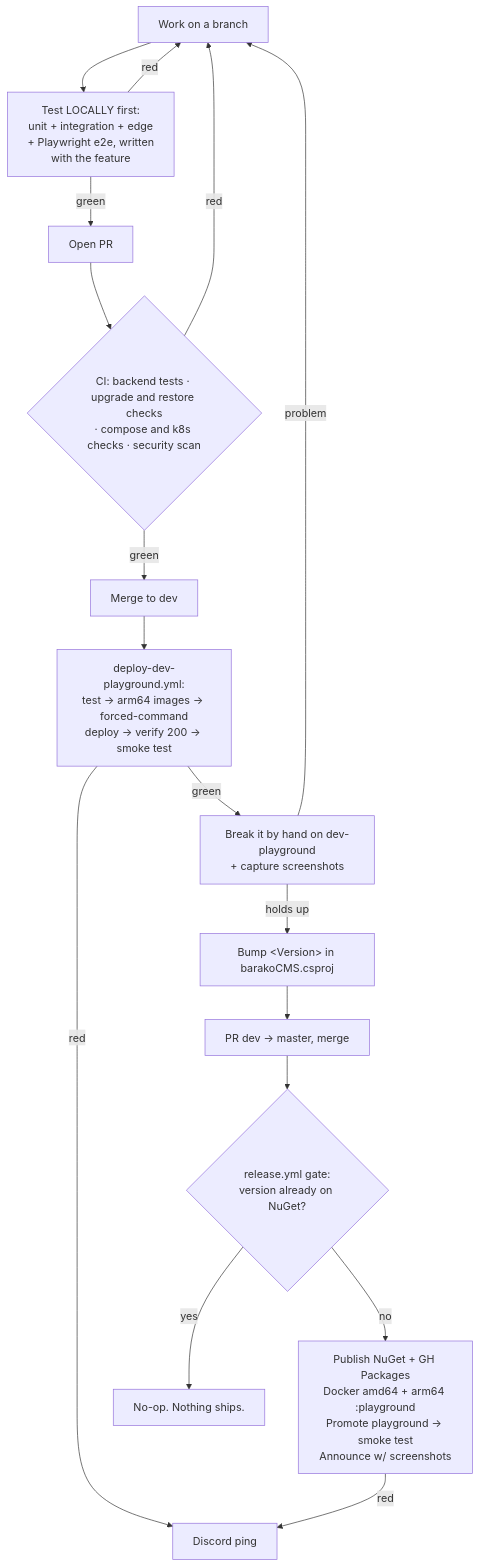
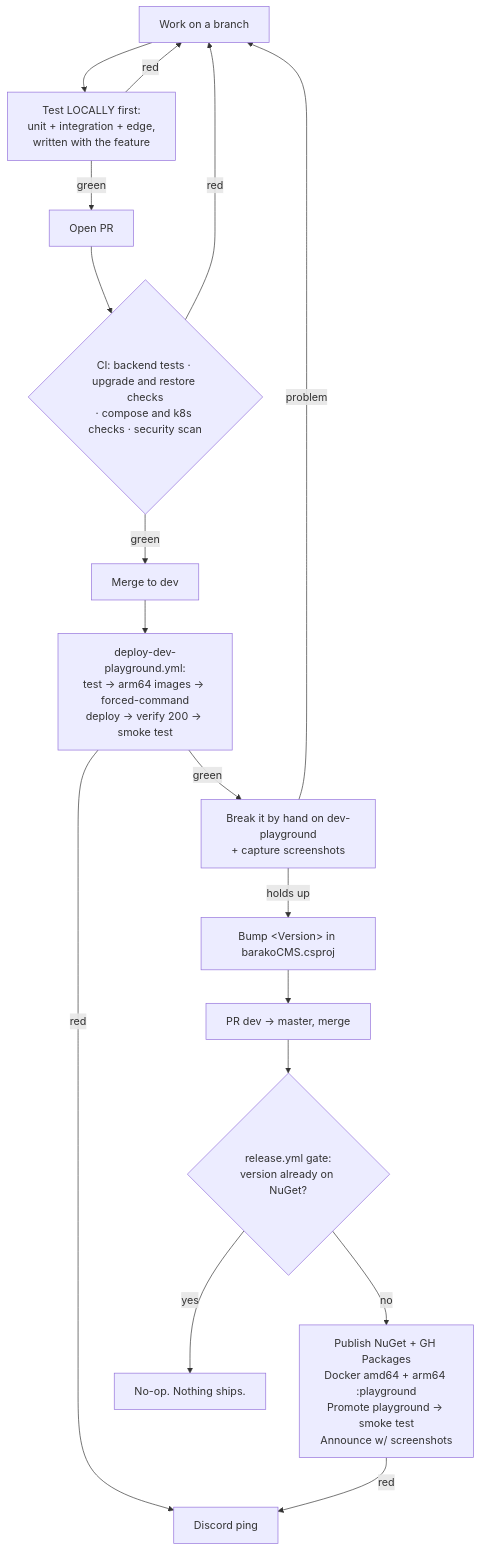
One commit to BaryoDev/barakoCMS changed the diagram in AI_DEVELOPMENT_LIFECYCLE.md. Above: the diagram before and after it, drawn with Mermaid. The commit also changed other lines of this file and 1 other file, not shown here.

Commit message:
drop the npm audit and Playwright claims the console took with it

````diff
--- a/AI_DEVELOPMENT_LIFECYCLE.md
+++ b/AI_DEVELOPMENT_LIFECYCLE.md
@@ -69,19 +69,19 @@
 ```mermaid
 flowchart TD
-    A[Work on a branch] --> Z[Test LOCALLY first:<br/>unit + integration + edge<br/>+ Playwright e2e, written<br/>with the feature]
+    A[Work on a branch] --> Z[Test LOCALLY first:<br/>unit + integration + edge,<br/>written with the feature]
     Z -- red --> A
     Z -- green --> B[Open PR]
     B --> C{CI: backend tests · upgrade and restore checks<br/>· compose and k8s checks · security scan}
     C -- red --> A
     C -- green --> D[Merge to dev]
     D --> E[deploy-dev-playground.yml:<br/>test → arm64 images → forced-command<br/>deploy → verify 200 → smoke test]
     E -- red --> P[Discord ping]
     E -- green --> F[Break it by hand on dev-playground<br/>+ capture screenshots]
     F -- problem --> A
     F -- holds up --> G[Bump &lt;Version&gt; in barakoCMS.csproj]
     G --> H[PR dev → master, merge]
     H --> I{release.yml gate:<br/>version already on NuGet?}
     I -- yes --> J[No-op. Nothing ships.]
     I -- no --> K[Publish NuGet + GH Packages<br/>Docker amd64 + arm64 :playground<br/>Promote playground → smoke test<br/>Announce w/ screenshots]
     K -- red --> P
 ```
````
